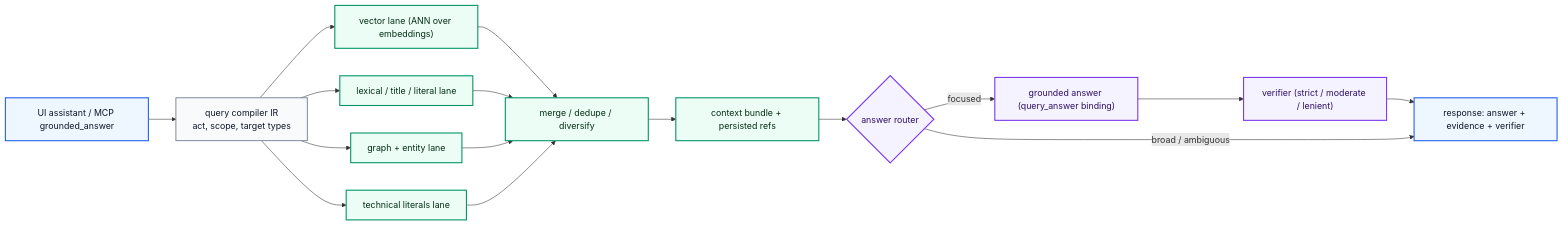
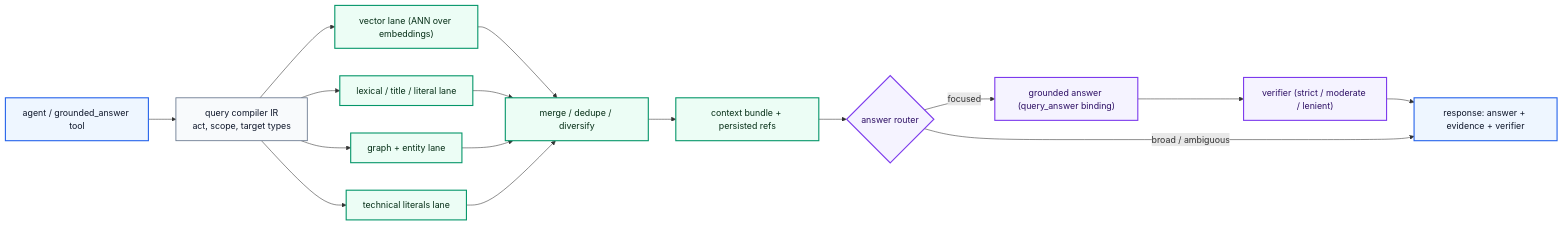
The second of 2 diagrams in docs/en/README.md (mlimarenko/IronRAG), drawn with Mermaid before and after one commit. The commit also changed 69 other files, not shown here.

````diff
--- a/docs/en/README.md
+++ b/docs/en/README.md
@@ -81,26 +81,26 @@
 ```mermaid
 flowchart LR
   classDef entry fill:#eef6ff,stroke:#2563eb,stroke-width:2px,color:#0f172a
   classDef runtime fill:#f8fafc,stroke:#64748b,stroke-width:1.5px,color:#0f172a
   classDef retrieve fill:#ecfdf5,stroke:#059669,stroke-width:2px,color:#052e16
   classDef answer fill:#f5f3ff,stroke:#7c3aed,stroke-width:2px,color:#2e1065
 
-  Ask["UI assistant / MCP grounded_answer"]:::entry
+  Ask["agent / grounded_answer tool"]:::entry
   IR["query compiler IR<br/>act, scope, target types"]:::runtime
   Vector["vector lane (ANN over embeddings)"]:::retrieve
   Lexical["lexical / title / literal lane"]:::retrieve
   Entity["graph + entity lane"]:::retrieve
   Facts["technical literals lane"]:::retrieve
   Merge["merge / dedupe / diversify"]:::retrieve
   Bundle["context bundle + persisted refs"]:::retrieve
   Route{"answer router"}:::answer
   Generate["grounded answer (query_answer binding)"]:::answer
   Verify["verifier (strict / moderate / lenient)"]:::answer
   Response["response: answer + evidence + verifier"]:::entry
 
   Ask --> IR
   IR --> Vector & Lexical & Entity & Facts
   Vector & Lexical & Entity & Facts --> Merge --> Bundle --> Route
   Route -->|focused| Generate --> Verify --> Response
   Route -->|broad / ambiguous| Response
 ```
````
